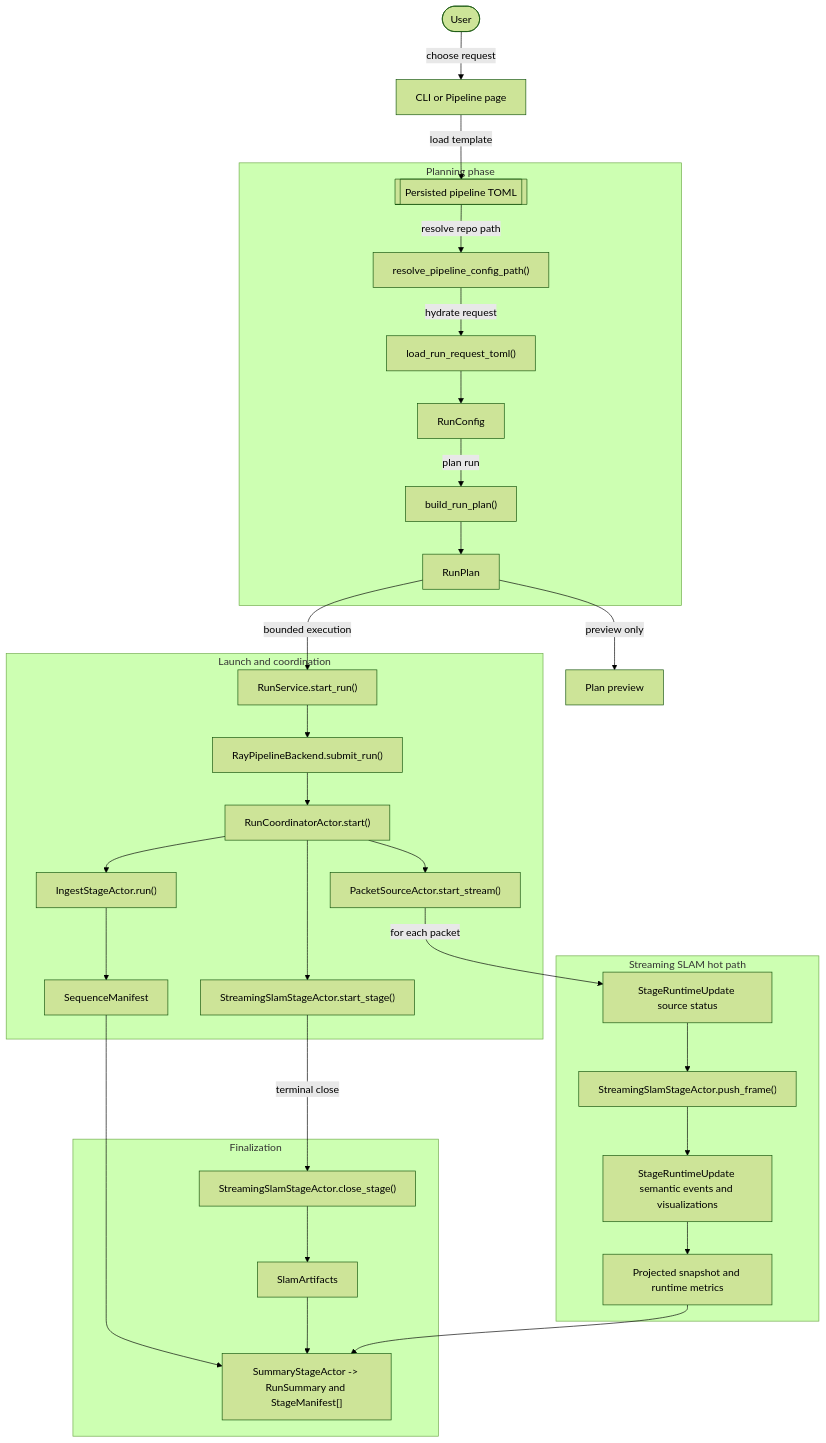
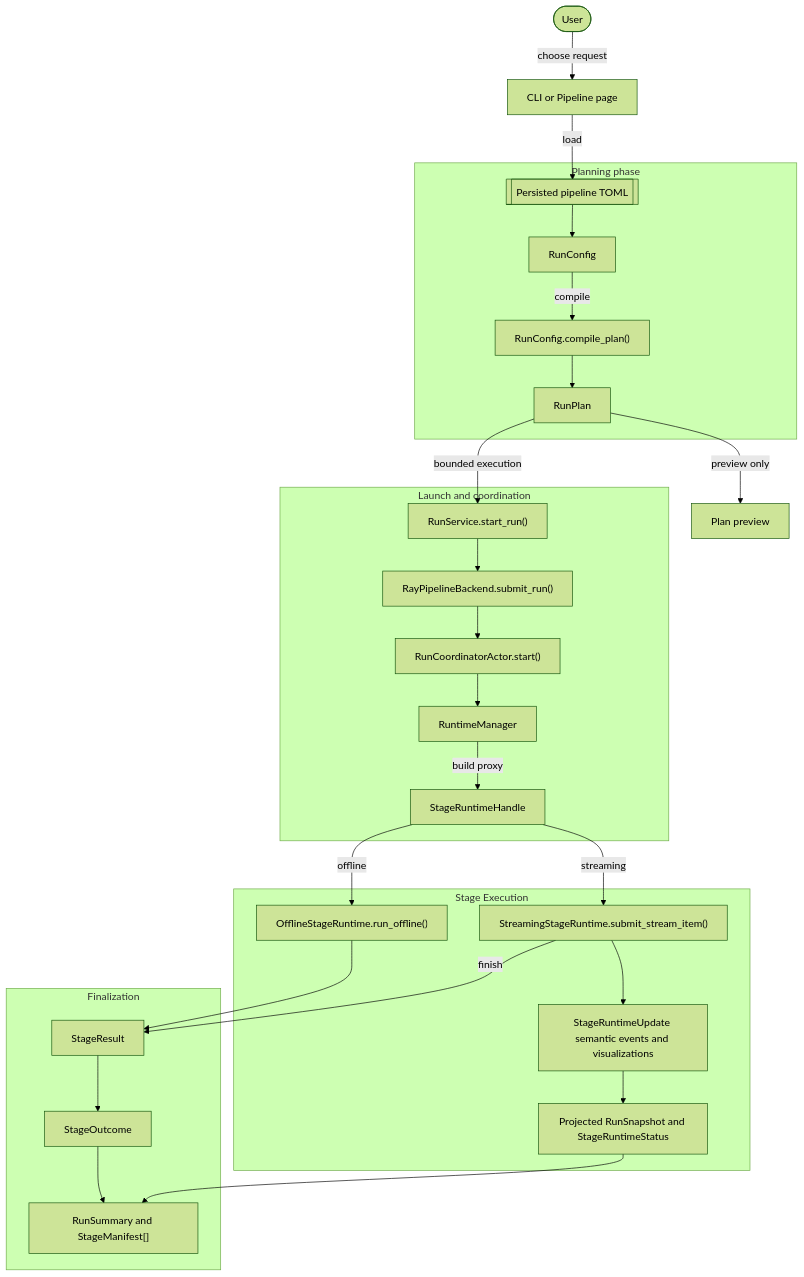
Before and after one commit to JanDuchscherer104/prml-vslam: the diagram in docs/figures/mermaid/mermaid_pipeline_request_flow.mmd, drawn with Mermaid (forest theme). The commit also changed 25 other files, not shown here.

```diff
--- a/docs/figures/mermaid/mermaid_pipeline_request_flow.mmd
+++ b/docs/figures/mermaid/mermaid_pipeline_request_flow.mmd
@@ -1,64 +1,56 @@
 flowchart TD
     user(["User"])
     surface["CLI or Pipeline page"]
     preview["Plan preview"]
 
     subgraph planning["Planning phase"]
         toml[["Persisted pipeline TOML"]]
-        load["load_run_request_toml()"]
-        request["RunConfig"]
-        paths["resolve_pipeline_config_path()"]
-        planner["build_run_plan()"]
+        config["RunConfig"]
         plan["RunPlan"]
+        compile["RunConfig.compile_plan()"]
     end
 
     subgraph launch["Launch and coordination"]
         runsvc["RunService.start_run()"]
         backend["RayPipelineBackend.submit_run()"]
         coord["RunCoordinatorActor.start()"]
-        ingest["IngestStageActor.run()"]
-        manifest["SequenceManifest"]
-        source["PacketSourceActor.start_stream()"]
-        slam_start["StreamingSlamStageActor.start_stage()"]
+        rtmgr["RuntimeManager"]
+        proxy["StageRuntimeHandle"]
     end
 
-    subgraph hotpath["Streaming SLAM hot path"]
-        frame["StageRuntimeUpdate source status"]
-        step["StreamingSlamStageActor.push_frame()"]
-        update["StageRuntimeUpdate semantic events and visualizations"]
-        snapshot["Projected snapshot and runtime metrics"]
+    subgraph execution["Stage Execution"]
+        offline["OfflineStageRuntime.run_offline()"]
+        streaming["StreamingStageRuntime.submit_stream_item()"]
+        updates["StageRuntimeUpdate semantic events and visualizations"]
+        snapshot["Projected RunSnapshot and StageRuntimeStatus"]
     end
 
-    subgraph finalize["Finalization"]
-        close["StreamingSlamStageActor.close_stage()"]
-        artifacts["SlamArtifacts"]
-        summary["SummaryStageActor -> RunSummary and StageManifest[]"]
+    subgraph finalization["Finalization"]
+        result["StageResult"]
+        outcome["StageOutcome"]
+        summary["RunSummary and StageManifest[]"]
     end
 
     user -->|"choose request"| surface
-    surface -->|"load template"| toml
-    toml -->|"resolve repo path"| paths
-    paths -->|"hydrate request"| load
-    load --> request
-    request -->|"plan run"| planner
-    planner --> plan
+    surface -->|"load"| toml
+    toml --> config
+    config -->|"compile"| compile
+    compile --> plan
     plan -->|"preview only"| preview
     plan -->|"bounded execution"| runsvc
 
     runsvc --> backend
     backend --> coord
-    coord --> ingest
-    ingest --> manifest
-    coord --> source
-    coord --> slam_start
+    coord --> rtmgr
+    rtmgr -->|"build proxy"| proxy
 
-    source -->|"for each packet"| frame
-    frame --> step
-    step --> update
-    update --> snapshot
+    proxy -->|"offline"| offline
+    proxy -->|"streaming"| streaming
+    streaming --> updates
+    offline --> result
+    streaming -->|"finish"| result
 
-    slam_start -->|"terminal close"| close
-    close --> artifacts
-    manifest --> summary
-    artifacts --> summary
+    updates --> snapshot
+    result --> outcome
+    outcome --> summary
     snapshot --> summary
```
